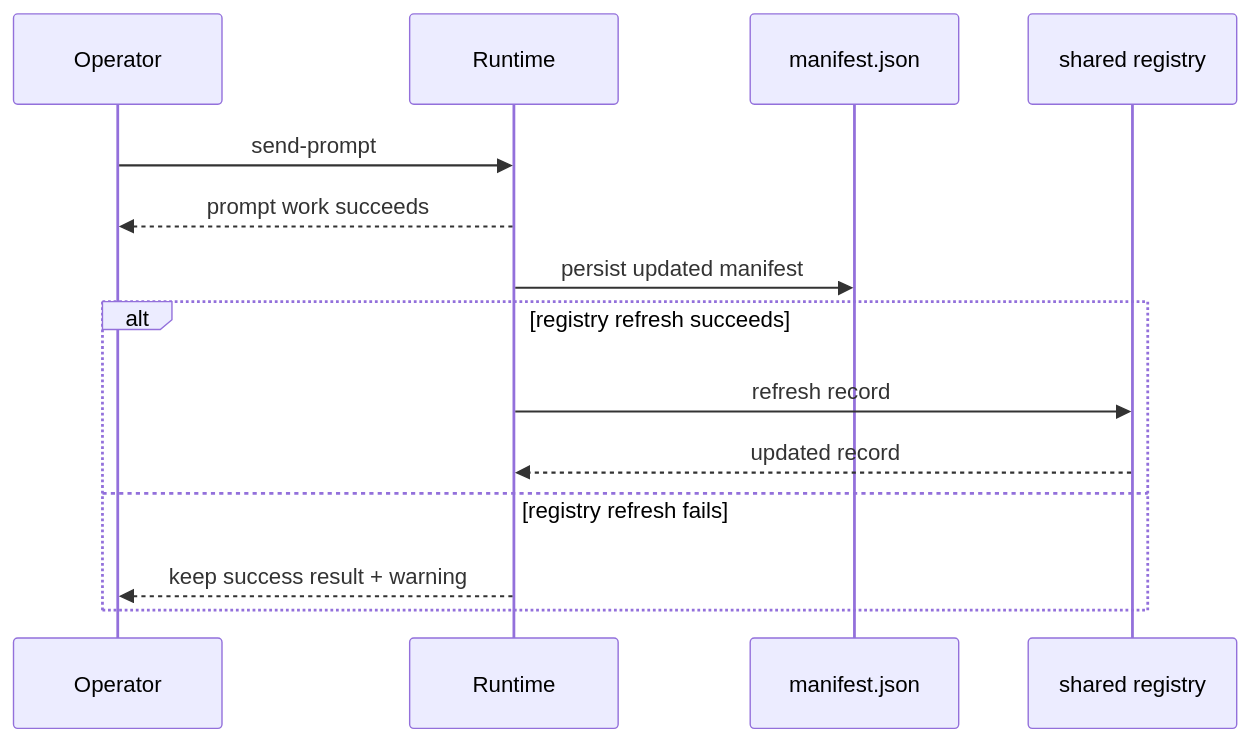
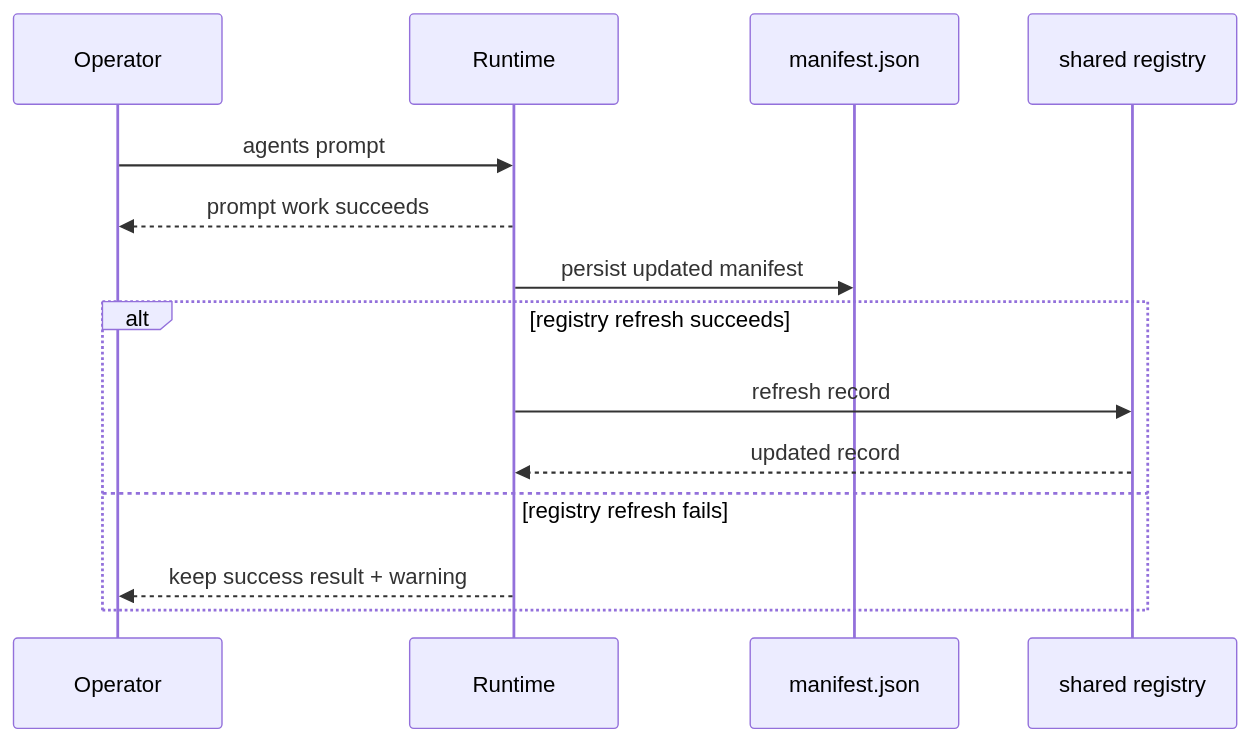
Before and after one commit to igamenovoer/houmao: the second of 2 diagrams in docs/reference/registry/internals/runtime-integration.md, drawn with Mermaid. The commit also changed other lines of this file and 17 other files, not shown here.

````diff
--- a/docs/reference/registry/internals/runtime-integration.md
+++ b/docs/reference/registry/internals/runtime-integration.md
@@ -110,16 +110,16 @@
 ```mermaid
 sequenceDiagram
     participant Op as Operator
     participant RT as Runtime
     participant MF as manifest.json
     participant RG as shared registry
-    Op->>RT: send-prompt
+    Op->>RT: agents prompt
     RT-->>Op: prompt work succeeds
     RT->>MF: persist updated manifest
     alt registry refresh succeeds
         RT->>RG: refresh record
         RG-->>RT: updated record
     else registry refresh fails
         RT-->>Op: keep success result + warning
     end
 ```
````
